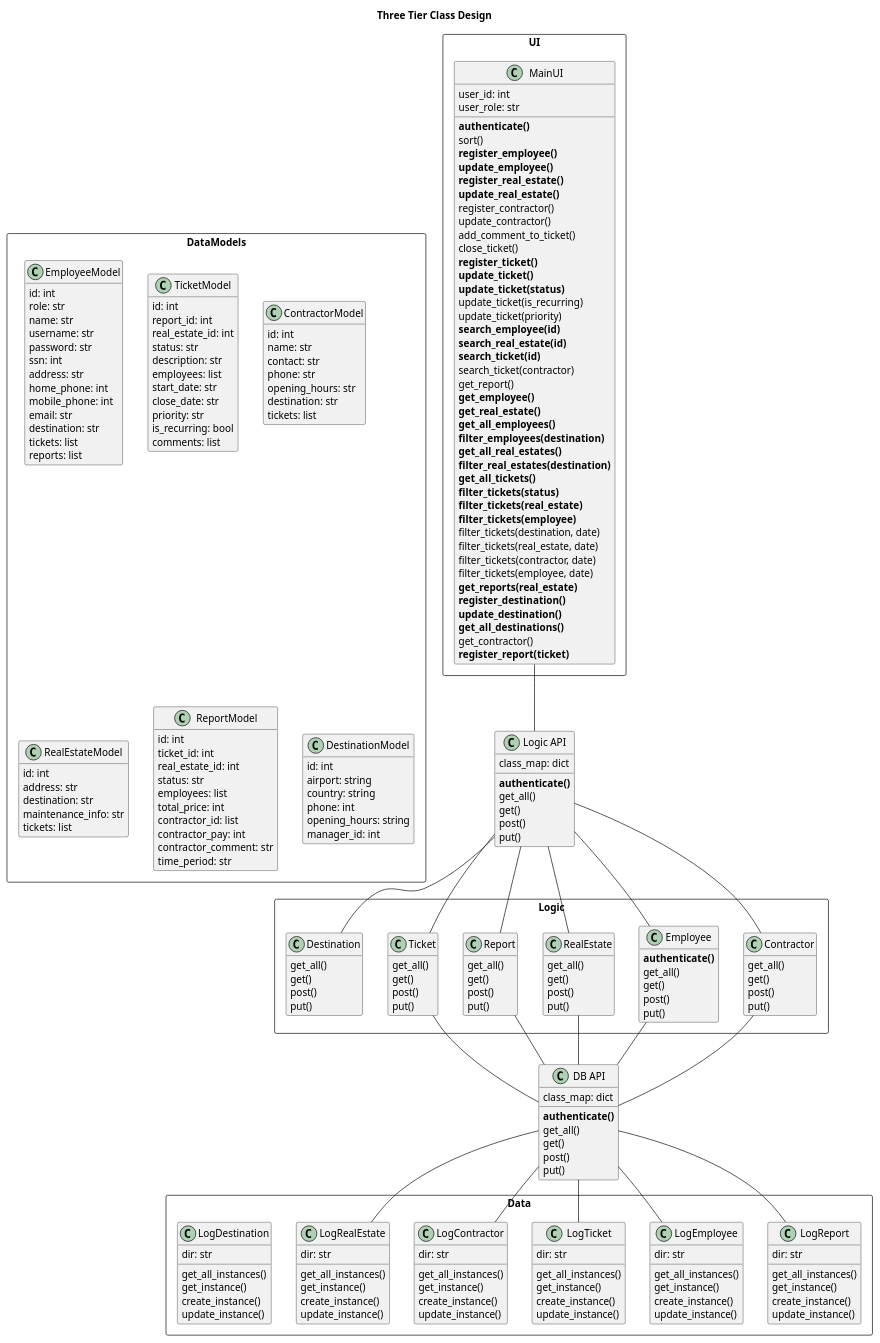
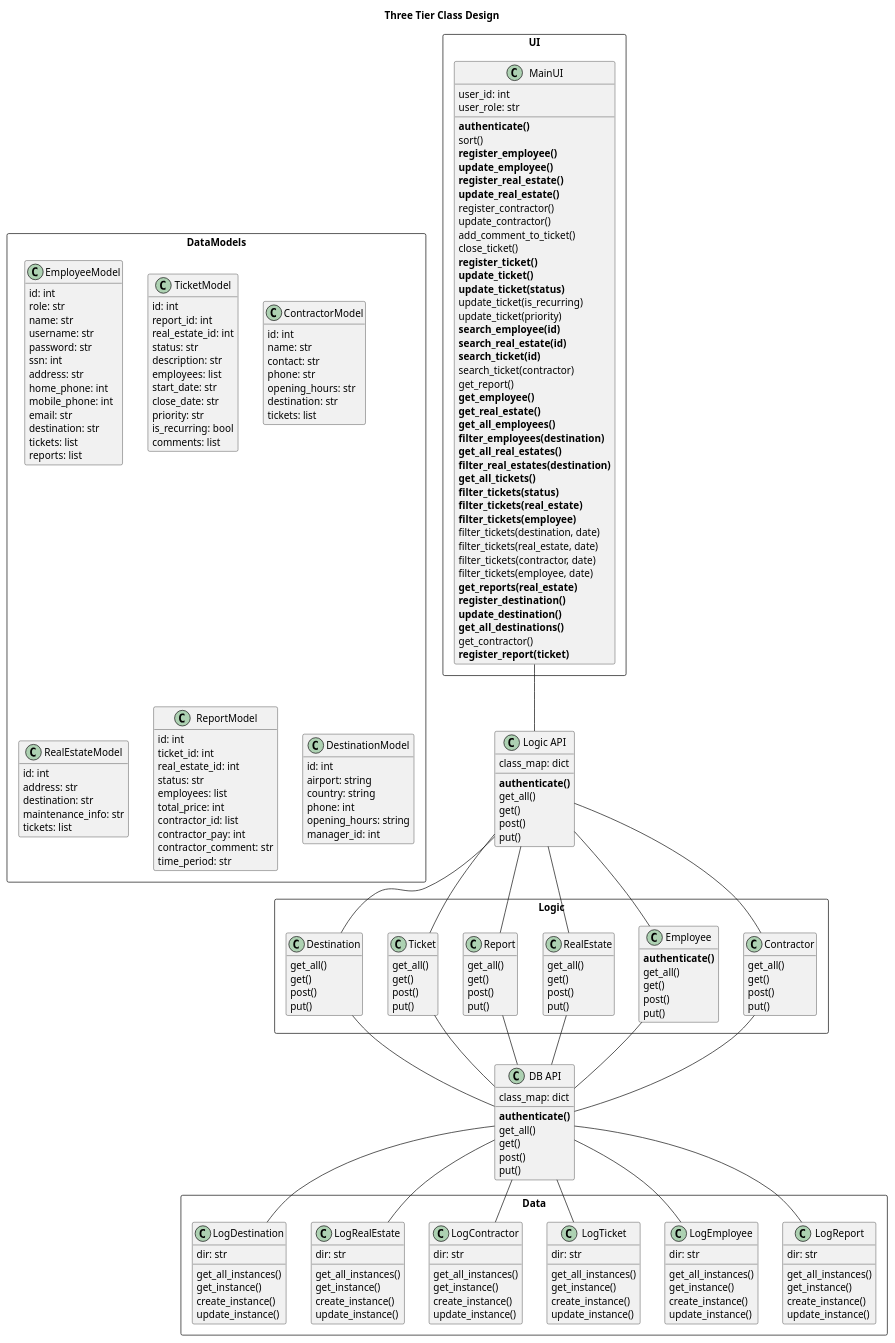
Before and after one commit to unnar19/pepsi-max: the diagram in design/class_diagrams/three_tier_II.puml, drawn with PlantUML. The commit also changed 7 other files, not shown here.

```diff
--- a/design/class_diagrams/three_tier_II.puml
+++ b/design/class_diagrams/three_tier_II.puml
@@ -155,12 +155,14 @@
     Ticket -Down- wrapper2
     RealEstate -Down- wrapper2
     Contractor -Down- wrapper2
+    Destination -Down- wrapper2
 
     wrapper2 -Down- LogReport
     wrapper2 -Down- LogEmployee
     wrapper2 -Down- LogTicket
     wrapper2 -Down- LogContractor
     wrapper2 -Down- LogRealEstate
+    wrapper2 -Down- LogDestination
 
     class LogReport{
         dir: str
```
